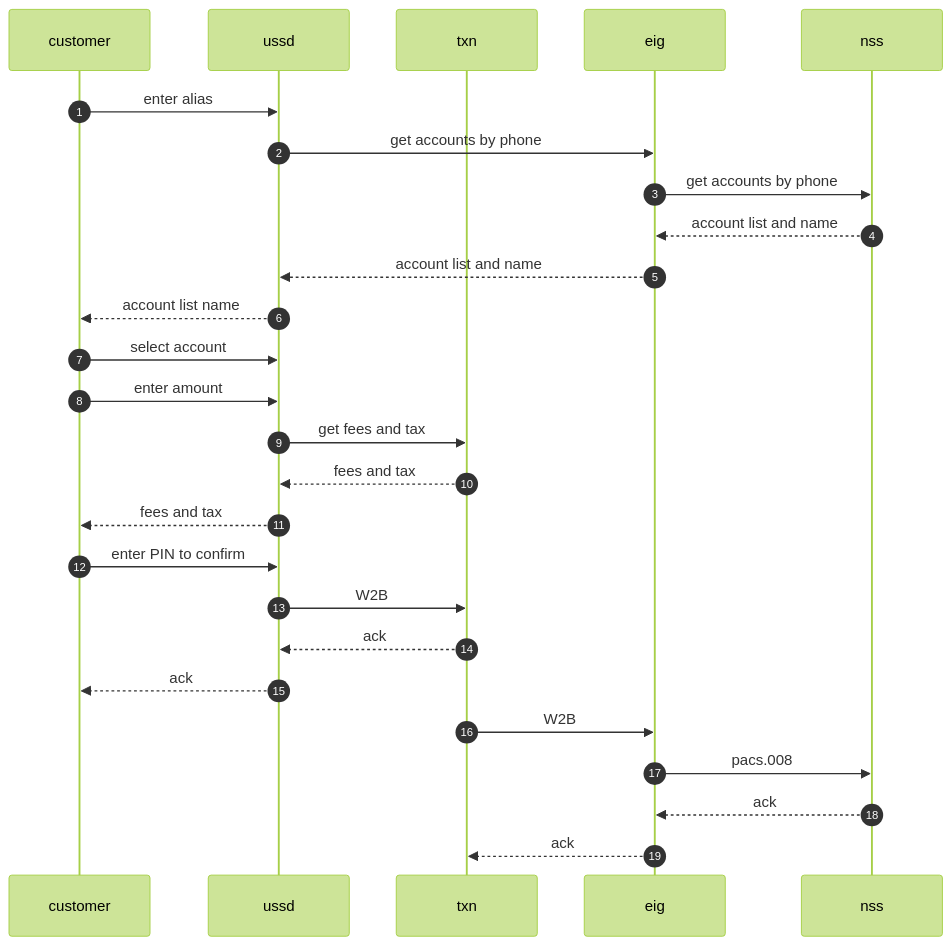
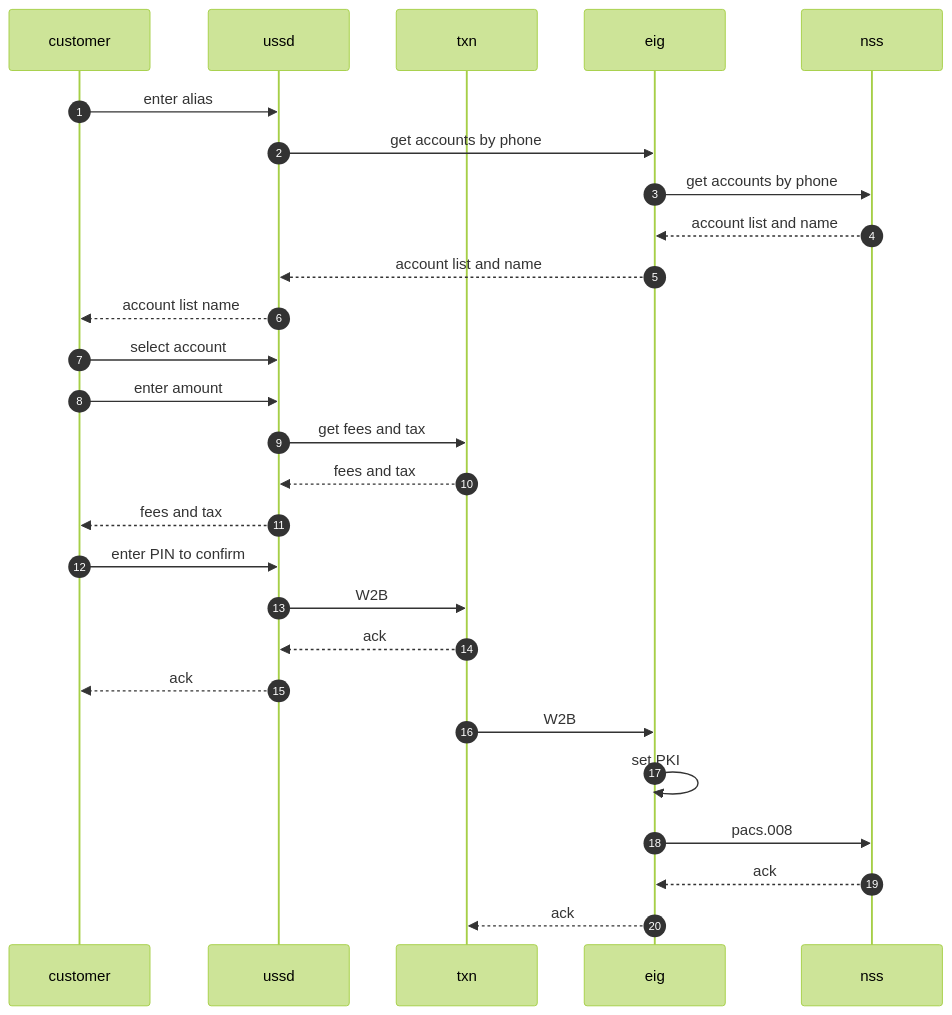
The second of 2 diagrams in send-request.md (kiswend/NSS), drawn with Mermaid (forest theme) before and after one commit. The commit also changed other lines of this file and 3 other files, not shown here.

````diff
--- a/send-request.md
+++ b/send-request.md
@@ -70,29 +70,30 @@
 ```mermaid
 sequenceDiagram
     autonumber
     participant customer
     participant ussd
     participant txn
     participant eig
     participant nss
 
     customer ->> ussd: enter alias
     ussd ->> eig: get accounts by phone
     eig ->> nss: get accounts by phone
     nss -->> eig: account list and name
     eig -->> ussd: account list and name
     ussd -->> customer: account list name
     customer ->> ussd: select account
     customer ->> ussd: enter amount
     ussd ->> txn: get fees and tax
     txn -->> ussd: fees and tax
     ussd -->> customer: fees and tax
     customer ->> ussd: enter PIN to confirm
     ussd ->> txn: W2B
     txn -->> ussd:ack
     ussd -->> customer: ack
     txn ->> eig: W2B
+    eig ->> eig: set PKI
     eig ->> nss: pacs.008
     nss -->> eig: ack
     eig -->>txn: ack
 ```
````
